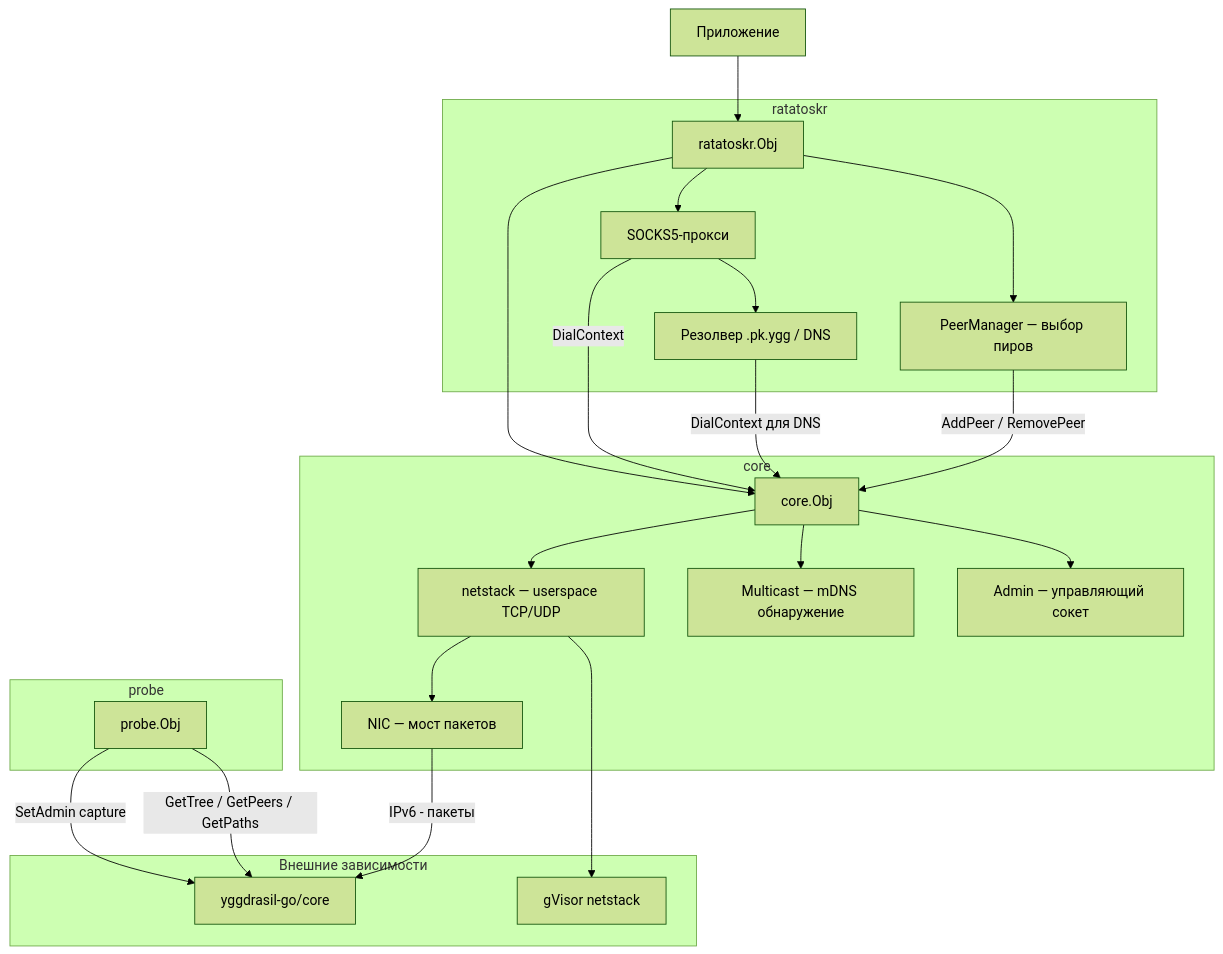
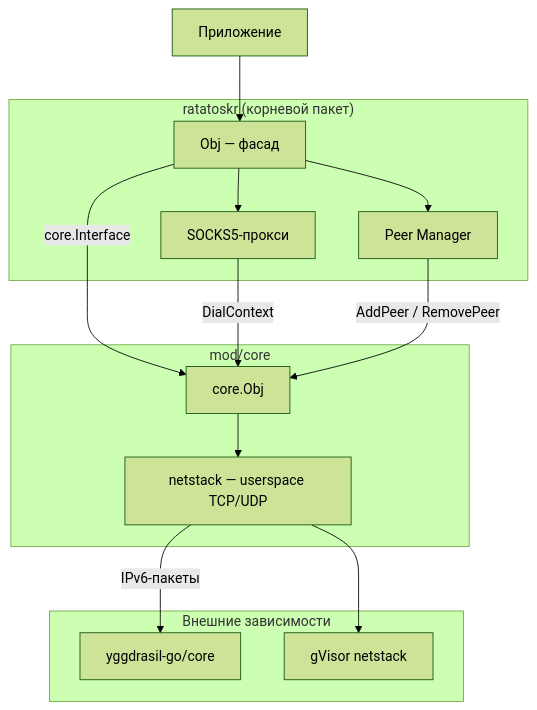
Before and after one commit to voluminor/ratatoskr: the first of 6 diagrams in README.RU.md, drawn with Mermaid (forest theme). The commit also changed other lines of this file, not shown here.

Commit message:
add/new-mod [v0.1.3]  бщая реадмишка

````diff
--- a/README.RU.md
+++ b/README.RU.md
@@ -157,47 +124,30 @@
 ```mermaid
-graph TB
+flowchart TB
     App[Приложение]
 
-subgraph ratatoskr
-Obj[ratatoskr.Obj]
-SOCKS[SOCKS5-прокси]
-Resolver[Резолвер .pk.ygg / DNS]
-PeerMgr[PeerManager — выбор пиров]
-end
+  subgraph ratatoskr["ratatoskr (корневой пакет)"]
+    Obj["Obj — фасад"]
+    SOCKS["SOCKS5-прокси"]
+    PeerMgr["Peer Manager"]
+  end
 
-subgraph probe
-TR[probe.Obj]
-end
+  subgraph core["mod/core"]
+    CoreObj["core.Obj"]
+    Netstack["netstack — userspace TCP/UDP"]
+  end
 
-subgraph core
-CoreObj[core.Obj]
-Netstack[netstack — userspace TCP/UDP]
-NIC[NIC — мост пакетов]
-Multicast[Multicast — mDNS обнаружение]
-Admin[Admin — управляющий сокет]
-end
+  subgraph external["Внешние зависимости"]
+    YggCore["yggdrasil-go/core"]
+    gVisor["gVisor netstack"]
+  end
 
-subgraph external [Внешние зависимости]
-YggCore[yggdrasil-go/core]
-gVisor[gVisor netstack]
-end
-
-App --> Obj
-Obj --> CoreObj
-Obj --> SOCKS
-Obj --> PeerMgr
-SOCKS --> Resolver
-SOCKS -->|DialContext|CoreObj
-Resolver -->|DialContext для DNS|CoreObj
-PeerMgr -->|AddPeer / RemovePeer|CoreObj
-
-TR -->|SetAdmin capture|YggCore
-TR -->|GetTree / GetPeers / GetPaths|YggCore
-
-CoreObj --> Netstack
-CoreObj --> Multicast
-CoreObj --> Admin
-Netstack --> NIC
-NIC -->|IPv6 - пакеты|YggCore
-Netstack --> gVisor
+  App --> Obj
+  Obj -->|" core.Interface "| CoreObj
+  Obj --> SOCKS
+  Obj --> PeerMgr
+  SOCKS -->|" DialContext "| CoreObj
+  PeerMgr -->|" AddPeer / RemovePeer "| CoreObj
+  CoreObj --> Netstack
+  Netstack --> gVisor
+  Netstack -->|" IPv6-пакеты "| YggCore
 ```
````
